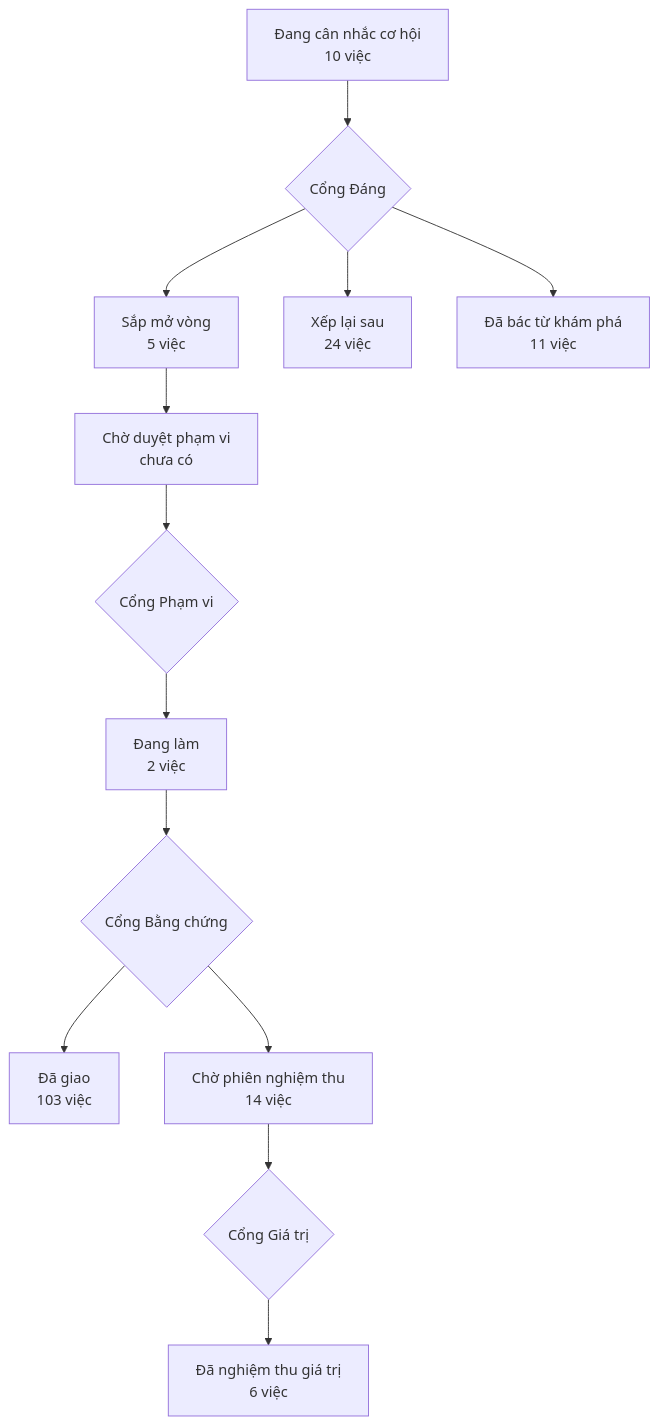
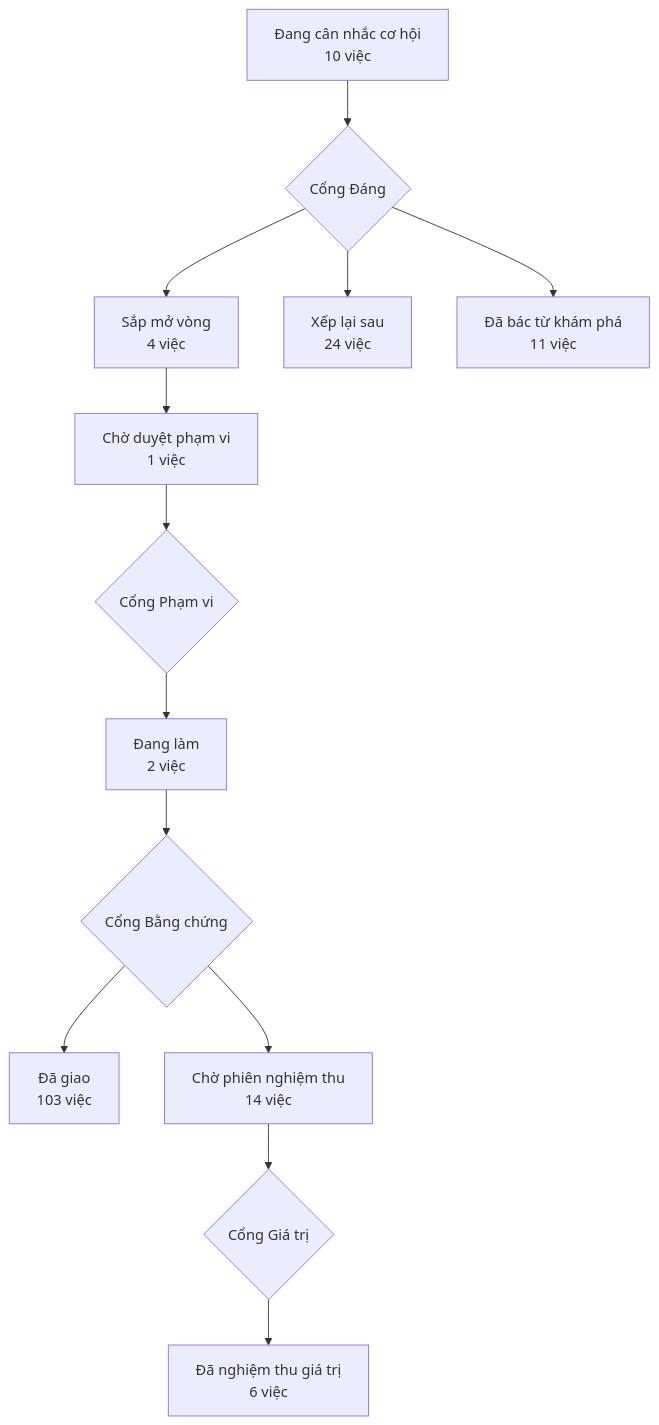
The diagram in PRODUCT-MAP.md (phanlemanh/acceptance-gate-kit), drawn with Mermaid before and after one commit. The commit also changed other lines of this file and 12 other files, not shown here.

````diff
--- a/PRODUCT-MAP.md
+++ b/PRODUCT-MAP.md
@@ -7,12 +7,12 @@
 ```mermaid
 flowchart TD
   A["Đang cân nhắc cơ hội<br/>10 việc"] --> GD{"Cổng Đáng"}
-  GD --> B["Sắp mở vòng<br/>5 việc"]
+  GD --> B["Sắp mở vòng<br/>4 việc"]
   GD --> XL["Xếp lại sau<br/>24 việc"]
   GD --> DB["Đã bác từ khám phá<br/>11 việc"]
-  B --> CD["Chờ duyệt phạm vi<br/>chưa có"] --> GP{"Cổng Phạm vi"}
+  B --> CD["Chờ duyệt phạm vi<br/>1 việc"] --> GP{"Cổng Phạm vi"}
   GP --> DL["Đang làm<br/>2 việc"] --> GB{"Cổng Bằng chứng"}
   GB --> DG["Đã giao<br/>103 việc"]
   GB --> CN["Chờ phiên nghiệm thu<br/>14 việc"] --> GG{"Cổng Giá trị"}
   GG --> NT["Đã nghiệm thu giá trị<br/>6 việc"]
 ```
````
